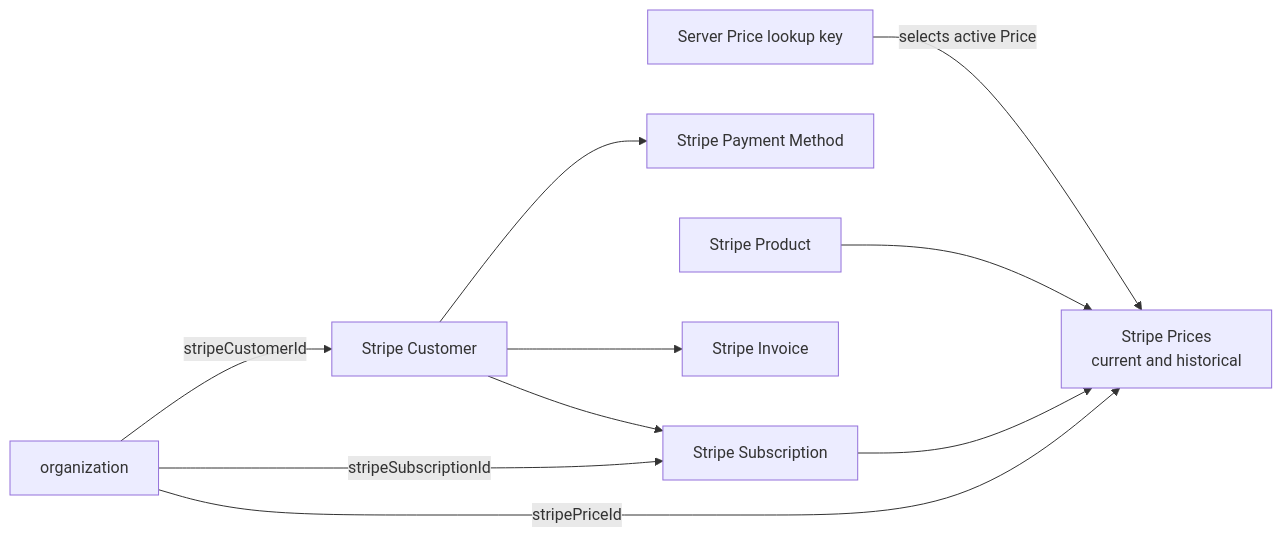
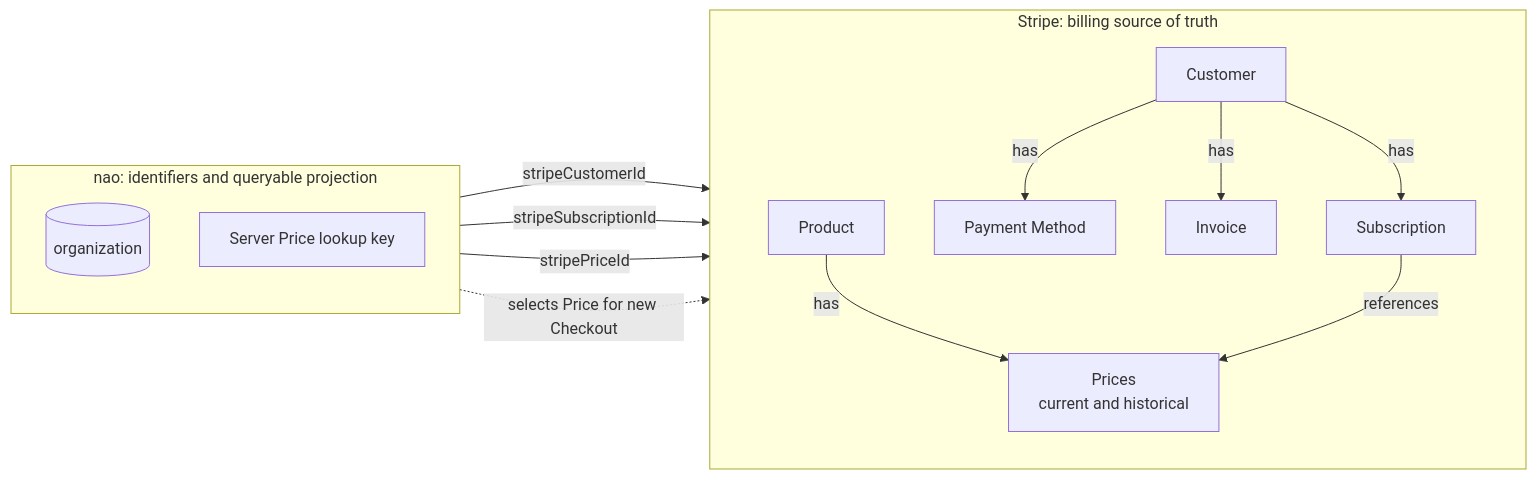
Before and after one commit to DavisTownsend/nao: the fourth of 15 diagrams in apps/backend/docs/cloud-billing-stripe.md, drawn with Mermaid. The commit also changed other lines of this file, not shown here.

````diff
--- a/apps/backend/docs/cloud-billing-stripe.md
+++ b/apps/backend/docs/cloud-billing-stripe.md
@@ -280,21 +290,29 @@
 ```mermaid
 flowchart LR
-    Org["organization"]
-    Config["Server Price lookup key"]
-    Customer["Stripe Customer"]
-    Subscription["Stripe Subscription"]
-    Product["Stripe Product"]
-    Price["Stripe Prices<br/>current and historical"]
-    PaymentMethod["Stripe Payment Method"]
-    Invoice["Stripe Invoice"]
+    subgraph Nao["nao: identifiers and queryable projection"]
+        direction TB
+        Org[("organization")]
+        Config["Server Price lookup key"]
+    end
+
+    subgraph Stripe["Stripe: billing source of truth"]
+        direction TB
+        Customer["Customer"]
+        Subscription["Subscription"]
+        Product["Product"]
+        Price["Prices<br/>current and historical"]
+        PaymentMethod["Payment Method"]
+        Invoice["Invoice"]
+
+        Product -->|"has"| Price
+        Customer -->|"has"| PaymentMethod
+        Customer -->|"has"| Invoice
+        Customer -->|"has"| Subscription
+        Subscription -->|"references"| Price
+    end
 
     Org -->|"stripeCustomerId"| Customer
     Org -->|"stripeSubscriptionId"| Subscription
     Org -->|"stripePriceId"| Price
-    Config -->|"selects active Price"| Price
-    Product --> Price
-    Customer --> PaymentMethod
-    Customer --> Invoice
-    Customer --> Subscription
-    Subscription --> Price
+    Config -.->|"selects Price for new Checkout"| Price
 ```
````
